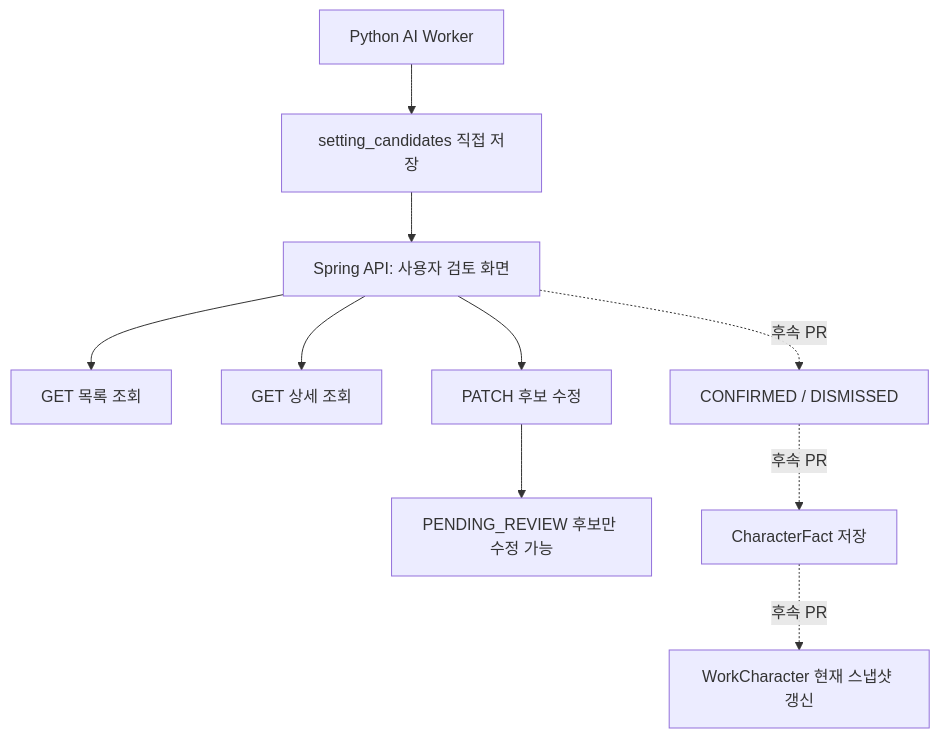
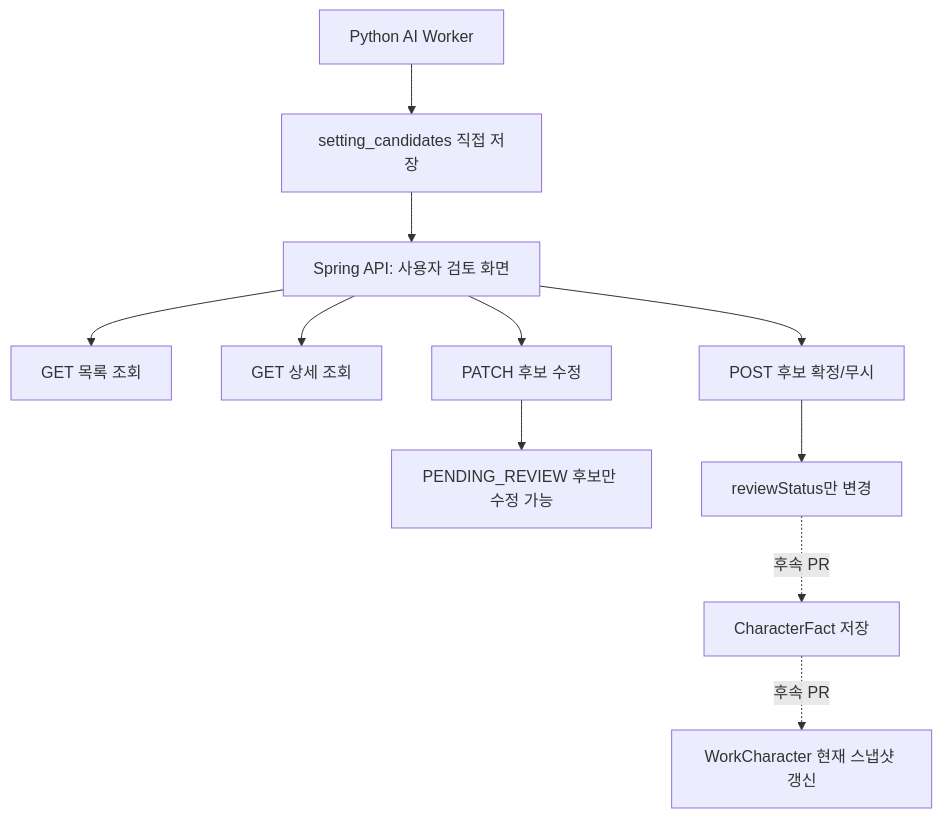
One commit to catchhole-soma/catchhole-backend-java changed the first of 6 diagrams in docs/character.md. Above: the diagram before and after it, drawn with Mermaid. The commit also changed other lines of this file, not shown here.

First line of the commit message:
docs(character): 후보 검토 상태 전이 정책 문서화

````diff
--- a/docs/character.md
+++ b/docs/character.md
@@ -219,15 +230,16 @@
 ```mermaid
 flowchart TD
     A["Python AI Worker"] --> B["setting_candidates 직접 저장"]
     B --> C["Spring API: 사용자 검토 화면"]
 
     C --> D["GET 목록 조회"]
     C --> E["GET 상세 조회"]
     C --> F["PATCH 후보 수정"]
+    C --> G["POST 후보 확정/무시"]
 
-    F --> G["PENDING_REVIEW 후보만 수정 가능"]
+    F --> H["PENDING_REVIEW 후보만 수정 가능"]
+    G --> I["reviewStatus만 변경"]
 
-    C -. "후속 PR" .-> H["CONFIRMED / DISMISSED"]
-    H -. "후속 PR" .-> I["CharacterFact 저장"]
-    I -. "후속 PR" .-> J["WorkCharacter 현재 스냅샷 갱신"]
+    I -. "후속 PR" .-> J["CharacterFact 저장"]
+    J -. "후속 PR" .-> K["WorkCharacter 현재 스냅샷 갱신"]
 ```
````
